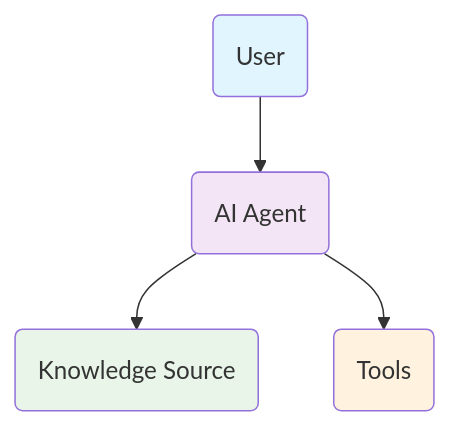
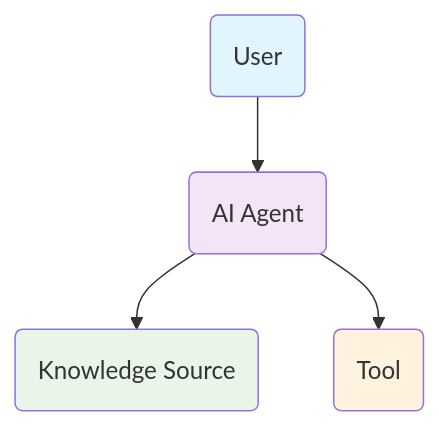
One commit to VENUCODE/docs changed the diagram in snippets/quickstart/agent-workflow-overview.mdx. Above: the diagram before and after it, drawn with Mermaid. The commit also changed other lines of this file and 11 other files, not shown here.

````diff
--- a/snippets/quickstart/agent-workflow-overview.mdx
+++ b/snippets/quickstart/agent-workflow-overview.mdx
@@ -5,16 +5,16 @@
 ```mermaid
 graph TB
     USER(User)
     AGENT(AI Agent)
     KNOWLEDGE(Knowledge Source)
-    TOOLS(Tools)
+    TOOL(Tool)
     
     USER --> AGENT
     AGENT --> KNOWLEDGE
-    AGENT --> TOOLS
+    AGENT --> TOOL
     
     style USER fill:#e1f5fe
     style AGENT fill:#f3e5f5
     style KNOWLEDGE fill:#e8f5e8
-    style TOOLS fill:#fff3e0
+    style TOOL fill:#fff3e0
 ```
````
